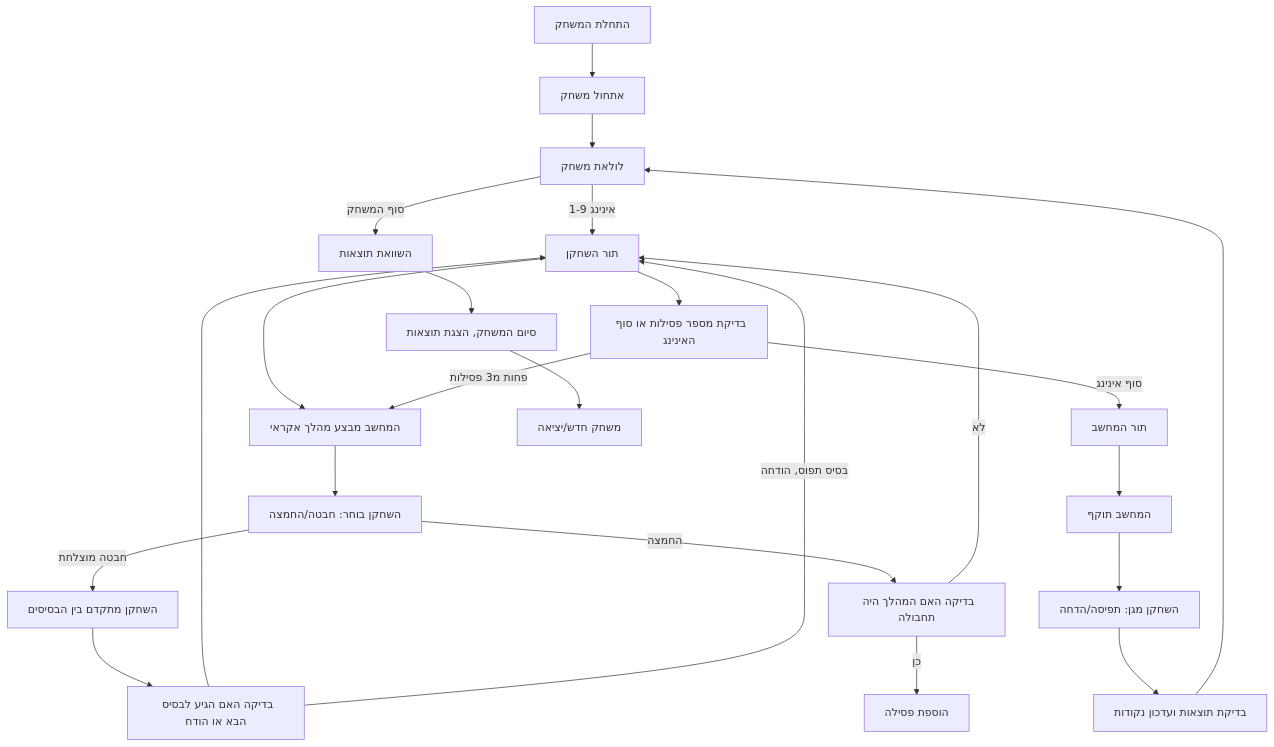
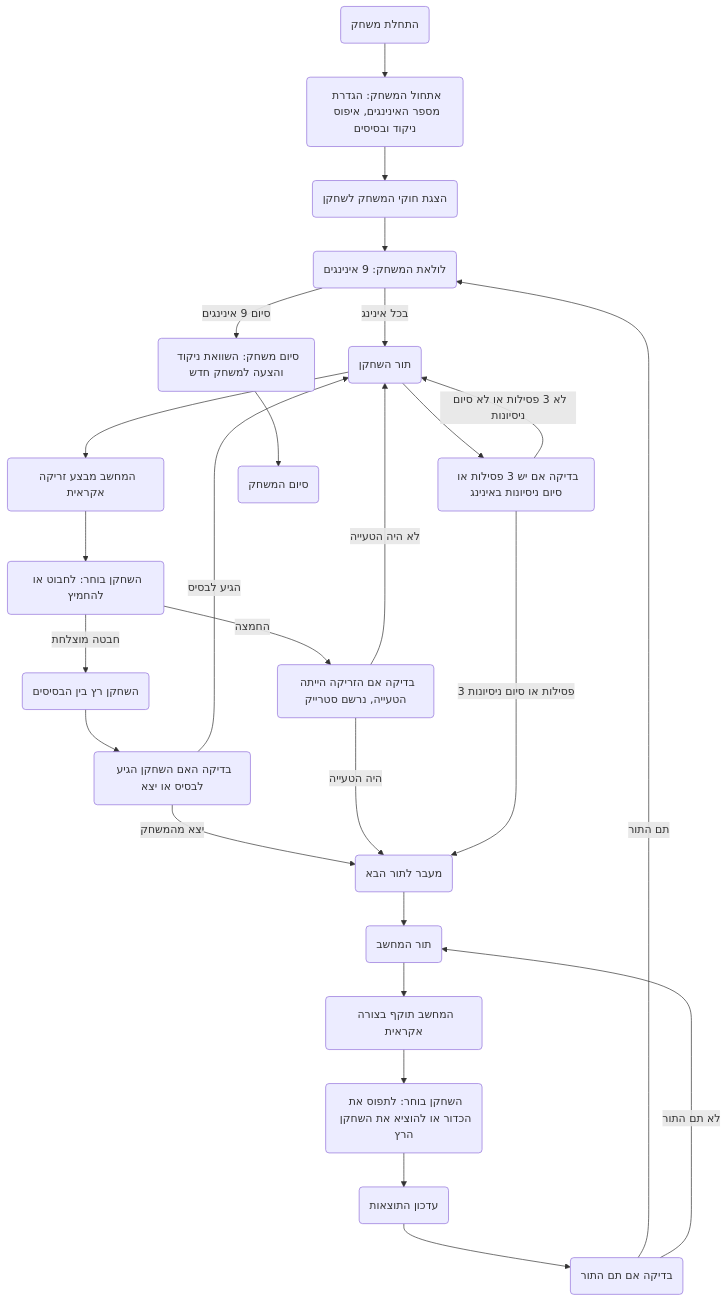
One commit to hypo69/hypo changed the first of 2 diagrams in docs/gemini/he/explainer/src/endpoints/ai_games/101_basic_computer_games/ru/rules/8_basebl.ru.md.md. Above: the diagram before and after it, drawn with Mermaid. The commit also changed other lines of this file and 885 other files, not shown here.

````diff
--- a/docs/gemini/he/explainer/src/endpoints/ai_games/101_basic_computer_games/ru/rules/8_basebl.ru.md.md
+++ b/docs/gemini/he/explainer/src/endpoints/ai_games/101_basic_computer_games/ru/rules/8_basebl.ru.md.md
@@ -46,25 +51,30 @@
 ```mermaid
 flowchart TD
-    Start[התחלת המשחק] --> Initialize[אתחול משחק];
-    Initialize --> GameLoop[לולאת משחק];
-    GameLoop -- אינינג 1-9 --> PlayerTurn[תור השחקן];
-    PlayerTurn --> ComputerMoveGen[המחשב מבצע מהלך אקראי];
-    ComputerMoveGen --> PlayerChoice[השחקן בוחר: חבטה/החמצה];
-    PlayerChoice -- חבטה מוצלחת --> PlayerAdvance[השחקן מתקדם בין הבסיסים];
-    PlayerChoice -- החמצה --> CheckTrickMove[בדיקה האם המהלך היה תחבולה];
-     CheckTrickMove -- כן --> Strike[הוספת פסילה]
-     CheckTrickMove -- לא --> PlayerTurn
-    PlayerAdvance --> CheckBaseAdvance[בדיקה האם הגיע לבסיס הבא או הודח];
-    CheckBaseAdvance --> PlayerTurn
-    CheckBaseAdvance -- בסיס תפוס, הודחה -->  PlayerTurn
-    PlayerTurn --> CheckOuts[בדיקת מספר פסילות או סוף האינינג];
-    CheckOuts -- סוף אינינג --> ComputerTurn[תור המחשב];
-    CheckOuts -- פחות מ3 פסילות -->  ComputerMoveGen
-    ComputerTurn --> ComputerAttack[המחשב תוקף];
-    ComputerAttack --> PlayerDefense[השחקן מגן: תפיסה/הדחה];
-    PlayerDefense --> CheckResults[בדיקת תוצאות ועדכון נקודות];
-    CheckResults --> GameLoop
-    GameLoop -- סוף המשחק --> CompareScores[השוואת תוצאות];
-    CompareScores --> EndGame[סיום המשחק, הצגת תוצאות];
-    EndGame --> NewGameOrExit[משחק חדש/יציאה];
+    Start(התחלת משחק) --> Initialize(אתחול המשחק: הגדרת מספר האינינגים, איפוס ניקוד ובסיסים)
+    Initialize --> ShowRules(הצגת חוקי המשחק לשחקן)
+    ShowRules --> GameLoop(לולאת המשחק: 9 אינינגים)
+    GameLoop -- בכל אינינג --> PlayerTurn(תור השחקן)
+    PlayerTurn --> ComputerPitch(המחשב מבצע זריקה אקראית)
+    ComputerPitch --> PlayerChoice(השחקן בוחר: לחבוט או להחמיץ)
+    PlayerChoice -- חבטה מוצלחת --> PlayerRuns(השחקן רץ בין הבסיסים)
+    PlayerChoice -- החמצה --> CheckStrike(בדיקה אם הזריקה הייתה הטעייה, נרשם סטרייק)
+        PlayerRuns --> CheckBaseReach(בדיקה האם השחקן הגיע לבסיס או יצא)
+    CheckBaseReach -- הגיע לבסיס --> PlayerTurn
+    CheckBaseReach -- יצא מהמשחק --> NextTurn
+    CheckStrike -- היה הטעייה --> NextTurn
+    CheckStrike -- לא היה הטעייה --> PlayerTurn
+   
+    PlayerTurn --> CheckOuts(בדיקה אם יש 3 פסילות או סיום ניסיונות באינינג)
+     CheckOuts -- 3 פסילות או סיום ניסיונות--> NextTurn(מעבר לתור הבא)
+   CheckOuts -- לא 3 פסילות או לא סיום ניסיונות--> PlayerTurn
+    NextTurn --> ComputerTurn(תור המחשב)
+    ComputerTurn --> ComputerAttack(המחשב תוקף בצורה אקראית)
+    ComputerAttack --> PlayerDefends(השחקן בוחר: לתפוס את הכדור או להוציא את השחקן הרץ)
+    PlayerDefends --> UpdateScore(עדכון התוצאות)
+    UpdateScore --> CheckEndTurn(בדיקה אם תם התור)
+    CheckEndTurn -- תם התור--> GameLoop
+ CheckEndTurn -- לא תם התור--> ComputerTurn
+   GameLoop -- סיום 9 אינינגים --> EndGame(סיום משחק: השוואת ניקוד והצעה למשחק חדש)
+   EndGame --> End(סיום המשחק)
+   
 ```
````
